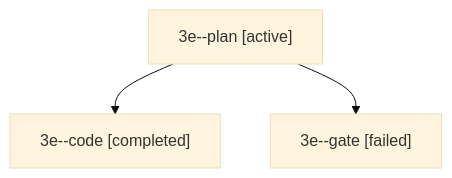
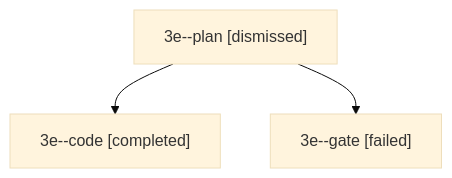
One commit to bobs-org/bob-cli--agents changed the diagram in sessions/bbugyi200.apollo.3e.md. Above: the diagram before and after it, drawn with Mermaid (base theme). The commit also changed other lines of this file and 24 other files, not shown here.

````diff
--- a/sessions/bbugyi200.apollo.3e.md
+++ b/sessions/bbugyi200.apollo.3e.md
@@ -9,8 +9,8 @@
 ```mermaid
 flowchart TD
-  n0["3e--plan [active]"]
+  n0["3e--plan [dismissed]"]
   n1["3e--code [completed]"]
   n0 --> n1
   n2["3e--gate [failed]"]
   n0 --> n2
 ```
````
